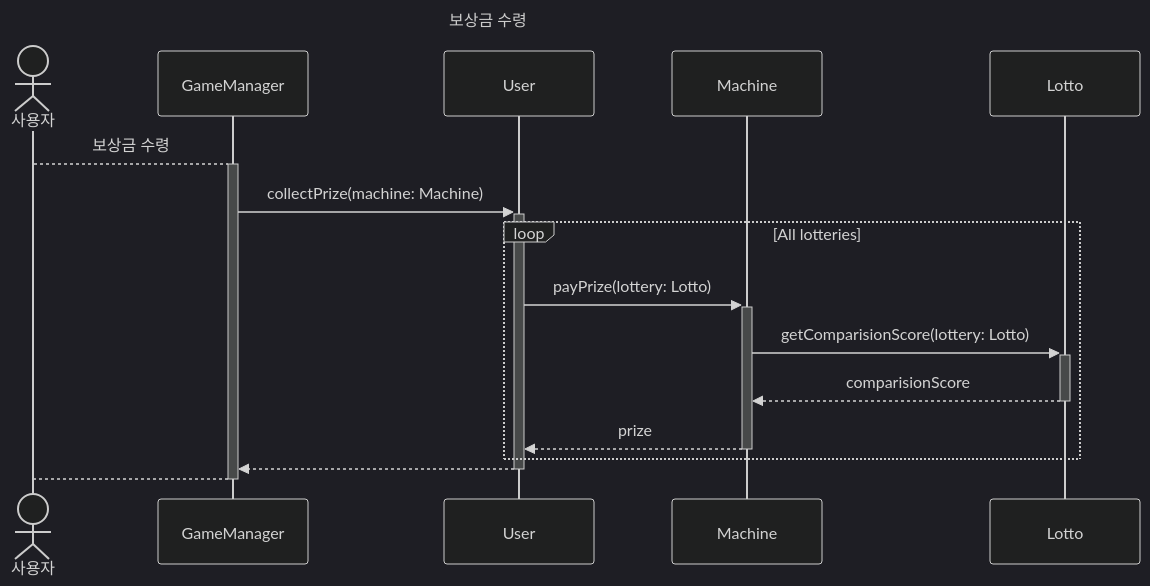
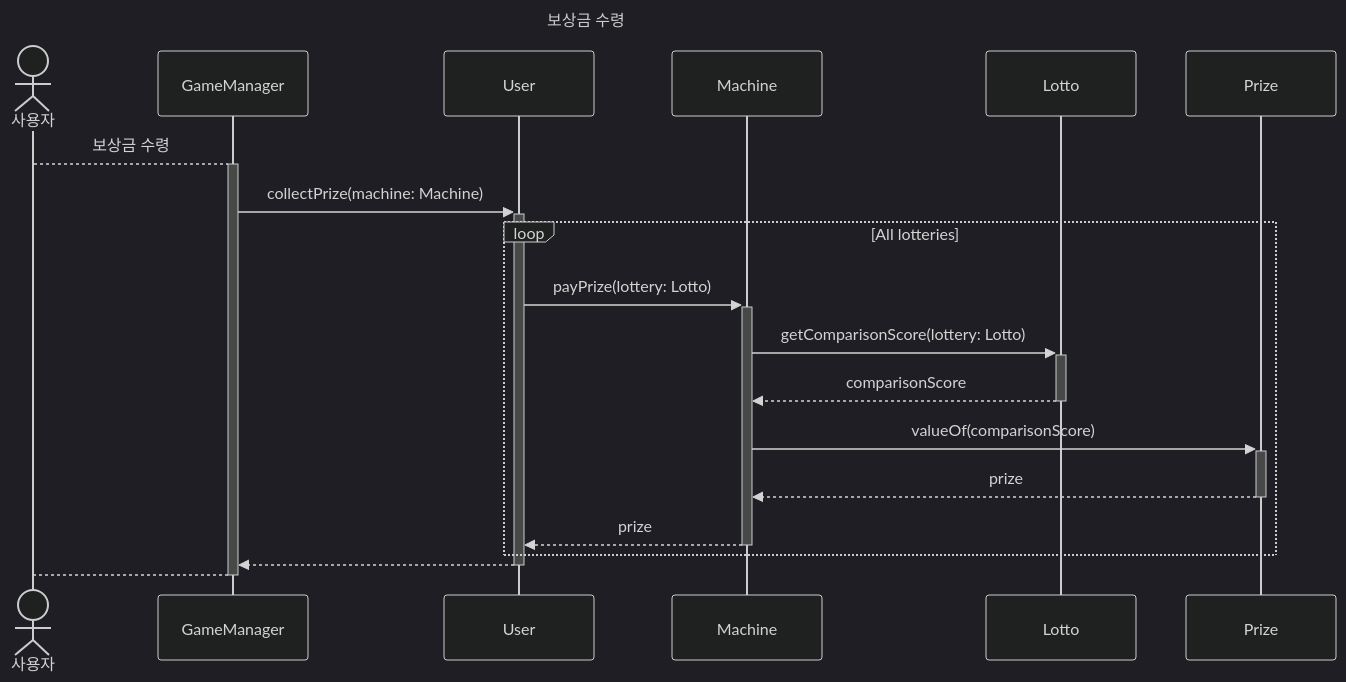
One commit to woowacourse-precourse/java-lotto-6 changed the fifth of 6 diagrams in docs/README.md. Above: the diagram before and after it, drawn with Mermaid (dark theme). The commit also changed other lines of this file, not shown here.

Commit message:
docs: editing P-02-01 process and diagram

````diff
--- a/docs/README.md
+++ b/docs/README.md
@@ -220,16 +220,18 @@
 ```mermaid
 sequenceDiagram
     title 보상금 수령
 	actor 사용자
 	participant GameManager
 	사용자 --> +GameManager : 보상금 수령
 	GameManager ->> +User : collectPrize(machine: Machine)
 	loop All lotteries
 		User ->> +Machine : payPrize(lottery: Lotto)
-		Machine ->> +Lotto : getComparisionScore(lottery: Lotto)
-		Lotto -->> -Machine : comparisionScore
+		Machine ->> +Lotto : getComparisonScore(lottery: Lotto)
+		Lotto -->> -Machine : comparisonScore
+		Machine ->> +Prize : valueOf(comparisonScore)
+		Prize -->> -Machine : prize
 		Machine -->> -User : prize
 	end
 	User -->> -GameManager : 
 	GameManager --> -사용자: 
 ```
````
